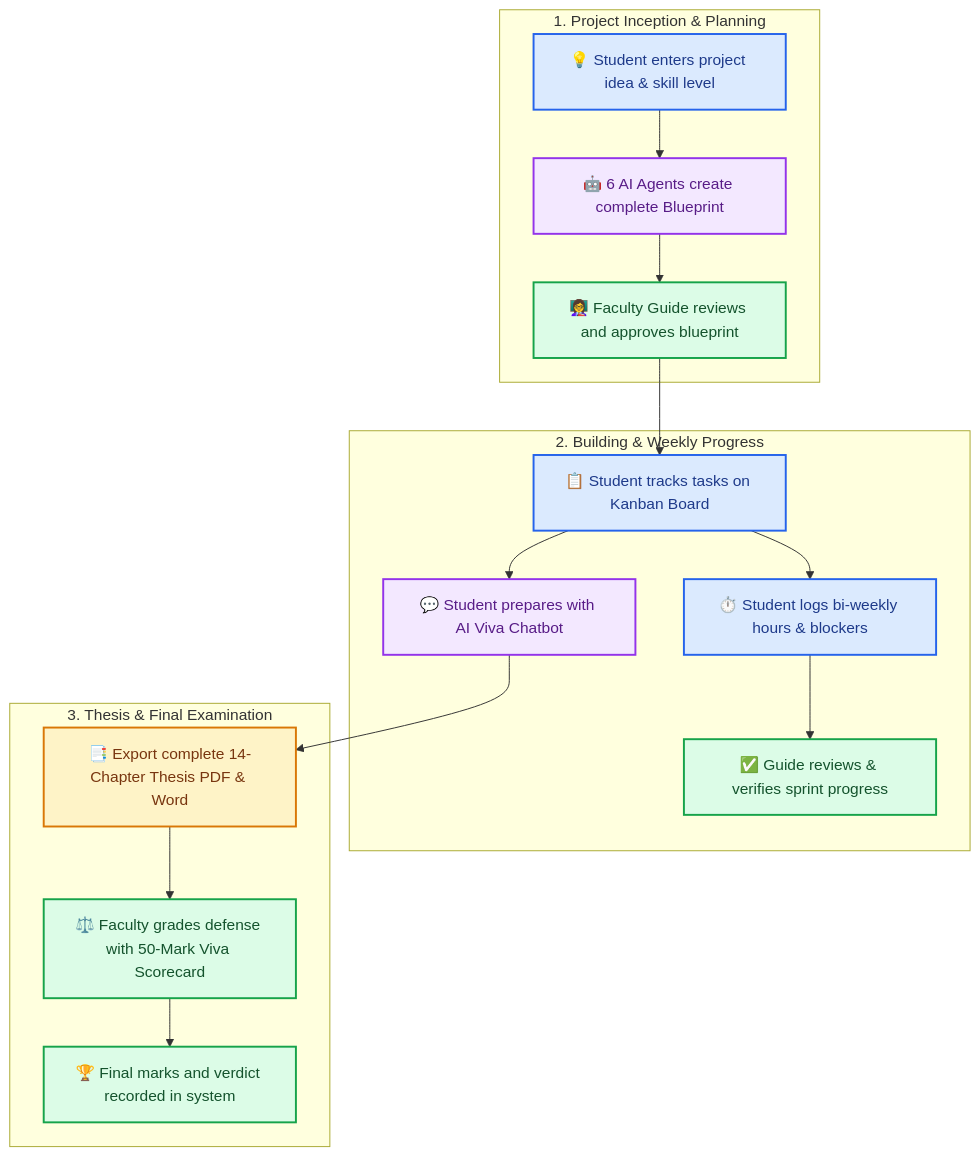
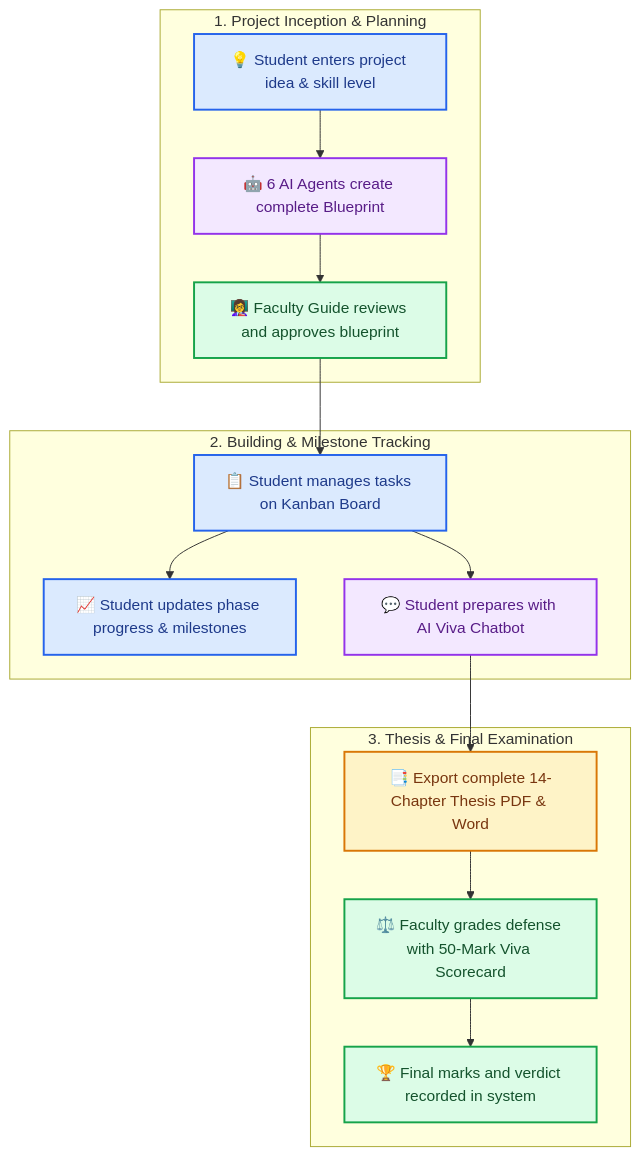
Before and after one commit to marisa-mmm/AI-Project-Mentor: the first of 2 diagrams in README.md, drawn with Mermaid. The commit also changed other lines of this file, not shown here.

````diff
--- a/README.md
+++ b/README.md
@@ -63,25 +63,24 @@
 ```mermaid
 graph TD
     classDef student fill:#dbeafe,stroke:#2563eb,stroke-width:2px,color:#1e3a8a;
     classDef faculty fill:#dcfce7,stroke:#16a34a,stroke-width:2px,color:#14532d;
     classDef ai fill:#f3e8ff,stroke:#9333ea,stroke-width:2px,color:#581c87;
     classDef doc fill:#fef3c7,stroke:#d97706,stroke-width:2px,color:#78350f;
 
     subgraph Step1["1. Project Inception & Planning"]
         A["💡 Student enters project idea & skill level"]:::student --> B["🤖 6 AI Agents create complete Blueprint"]:::ai
         B --> C["👩‍🏫 Faculty Guide reviews and approves blueprint"]:::faculty
     end
 
-    subgraph Step2["2. Building & Weekly Progress"]
-        C --> D["📋 Student tracks tasks on Kanban Board"]:::student
-        D --> E["⏱️ Student logs bi-weekly hours & blockers"]:::student
-        E --> F["✅ Guide reviews & verifies sprint progress"]:::faculty
-        D --> G["💬 Student prepares with AI Viva Chatbot"]:::ai
+    subgraph Step2["2. Building & Milestone Tracking"]
+        C --> D["📋 Student manages tasks on Kanban Board"]:::student
+        D --> E["📈 Student updates phase progress & milestones"]:::student
+        D --> F["💬 Student prepares with AI Viva Chatbot"]:::ai
     end
 
     subgraph Step3["3. Thesis & Final Examination"]
-        G --> H["📑 Export complete 14-Chapter Thesis PDF & Word"]:::doc
-        H --> I["⚖️ Faculty grades defense with 50-Mark Viva Scorecard"]:::faculty
-        I --> J["🏆 Final marks and verdict recorded in system"]:::faculty
+        F --> G["📑 Export complete 14-Chapter Thesis PDF & Word"]:::doc
+        G --> H["⚖️ Faculty grades defense with 50-Mark Viva Scorecard"]:::faculty
+        H --> I["🏆 Final marks and verdict recorded in system"]:::faculty
     end
 ```
````
